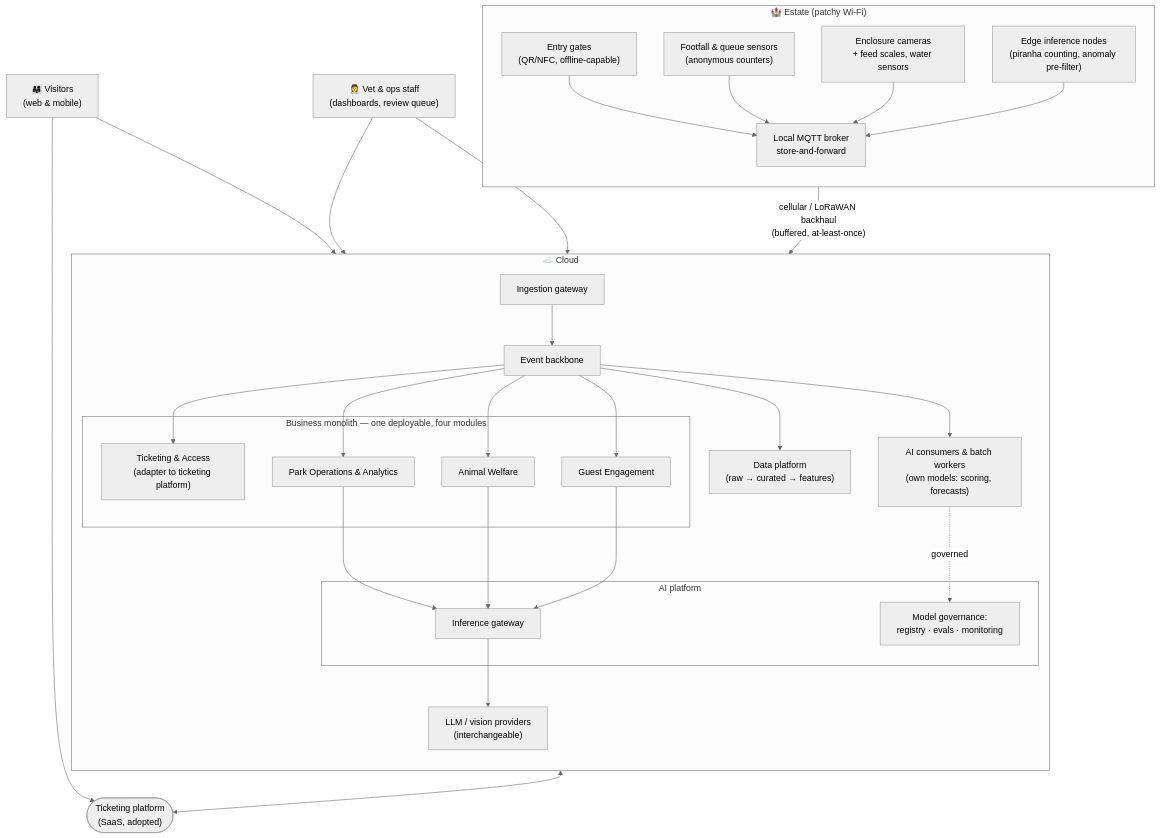
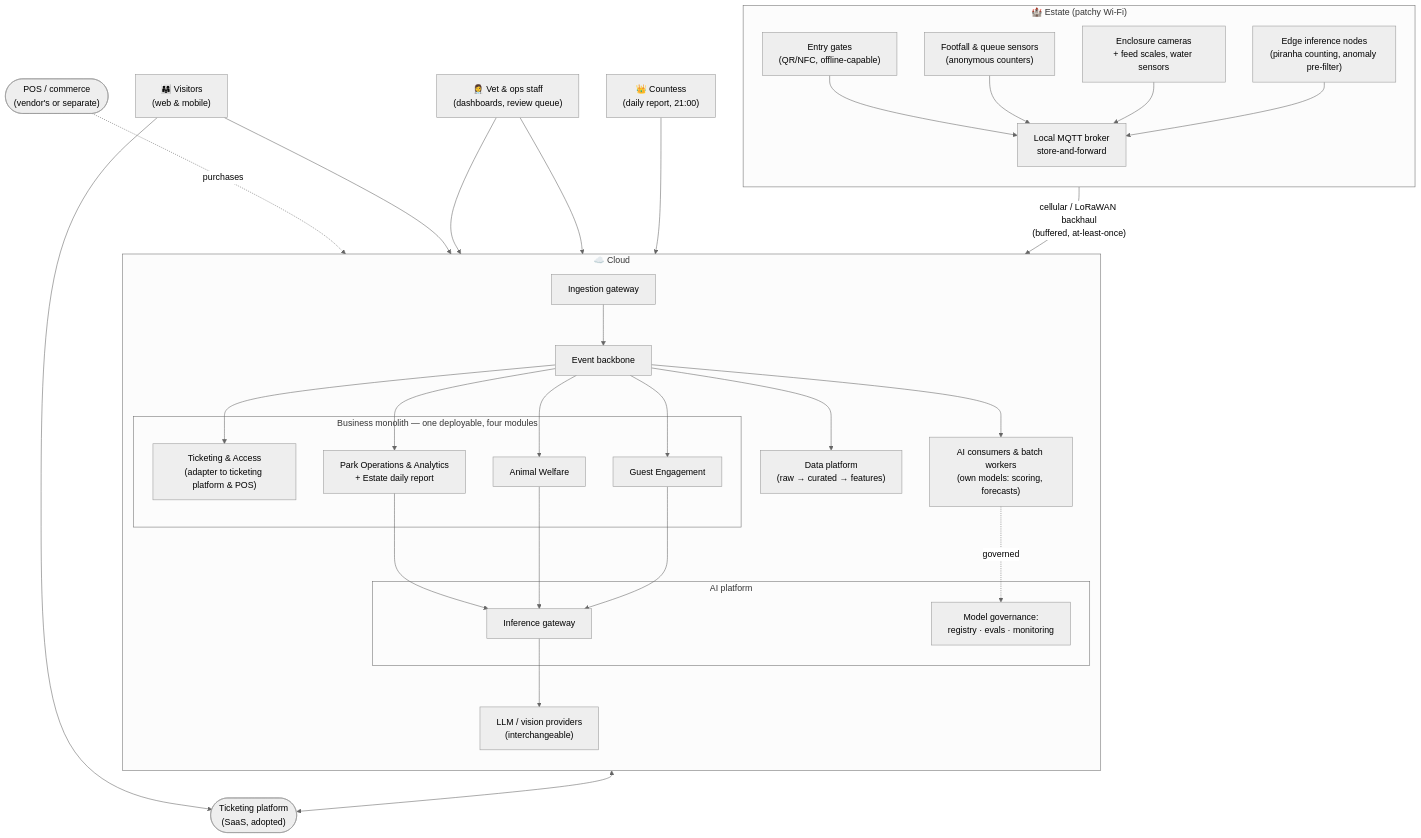
The diagram in README.md (kr0k/katas), drawn with Mermaid (neutral theme) before and after one commit. The commit also changed other lines of this file and 25 other files, not shown here.

````diff
--- a/README.md
+++ b/README.md
@@ -70,44 +77,47 @@
 ```mermaid
 flowchart TB
     subgraph Estate["🏰 Estate (patchy Wi-Fi)"]
         direction TB
         Gates["Entry gates<br/>(QR/NFC, offline-capable)"]
         Foot["Footfall & queue sensors<br/>(anonymous counters)"]
         Cams["Enclosure cameras<br/>+ feed scales, water sensors"]
         EdgeAI["Edge inference nodes<br/>(piranha counting, anomaly pre-filter)"]
         Broker["Local MQTT broker<br/>store-and-forward"]
         Gates & Foot & Cams & EdgeAI --> Broker
     end
 
     Broker -- "cellular / LoRaWAN backhaul<br/>(buffered, at-least-once)" --> Ingest
 
     subgraph Cloud["☁️ Cloud"]
         direction TB
         Ingest["Ingestion gateway"]
         Bus["Event backbone"]
         Ingest --> Bus
         subgraph Domains["Business monolith — one deployable, four modules"]
-            Tix["Ticketing & Access<br/>(adapter to ticketing platform)"]
-            Ops["Park Operations & Analytics"]
+            Tix["Ticketing & Access<br/>(adapter to ticketing platform & POS)"]
+            Ops["Park Operations & Analytics<br/>+ Estate daily report"]
             Welfare["Animal Welfare"]
             Guest["Guest Engagement"]
         end
         Bus --> Tix & Ops & Welfare & Guest
         AICons["AI consumers & batch workers<br/>(own models: scoring, forecasts)"]
         Bus --> AICons
         Data["Data platform<br/>(raw → curated → features)"]
         Bus --> Data
         subgraph AIP["AI platform"]
             GW["Inference gateway"]
             Reg["Model governance:<br/>registry · evals · monitoring"]
         end
         Ops & Welfare & Guest --> GW
         AICons -. "governed" .-> Reg
         GW --> Providers["LLM / vision providers<br/>(interchangeable)"]
     end
 
     TixSaaS(["Ticketing platform<br/>(SaaS, adopted)"])
+    POS(["POS / commerce<br/>(vendor's or separate)"])
     Tix <--> TixSaaS
+    POS -. "purchases" .-> Tix
     Visitors["👨‍👩‍👧 Visitors<br/>(web & mobile)"] --> TixSaaS & Guest
     Staff["👩‍⚕️ Vet & ops staff<br/>(dashboards, review queue)"] --> Welfare & Ops
+    Countess["👑 Countess<br/>(daily report, 21:00)"] --> Ops
 ```
````
